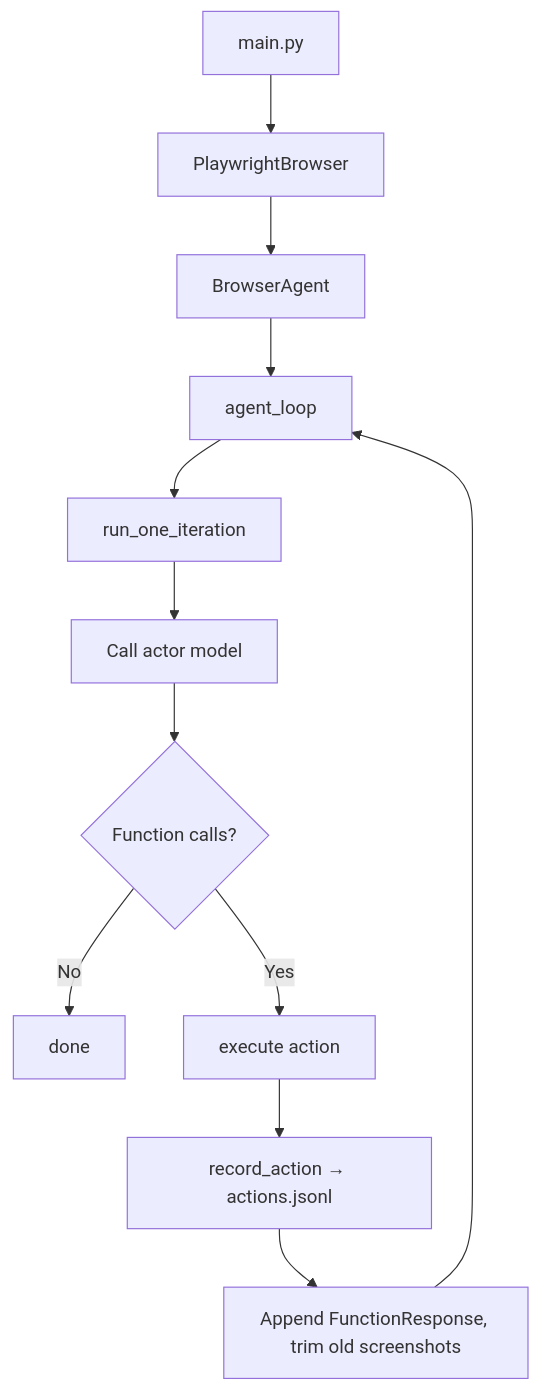
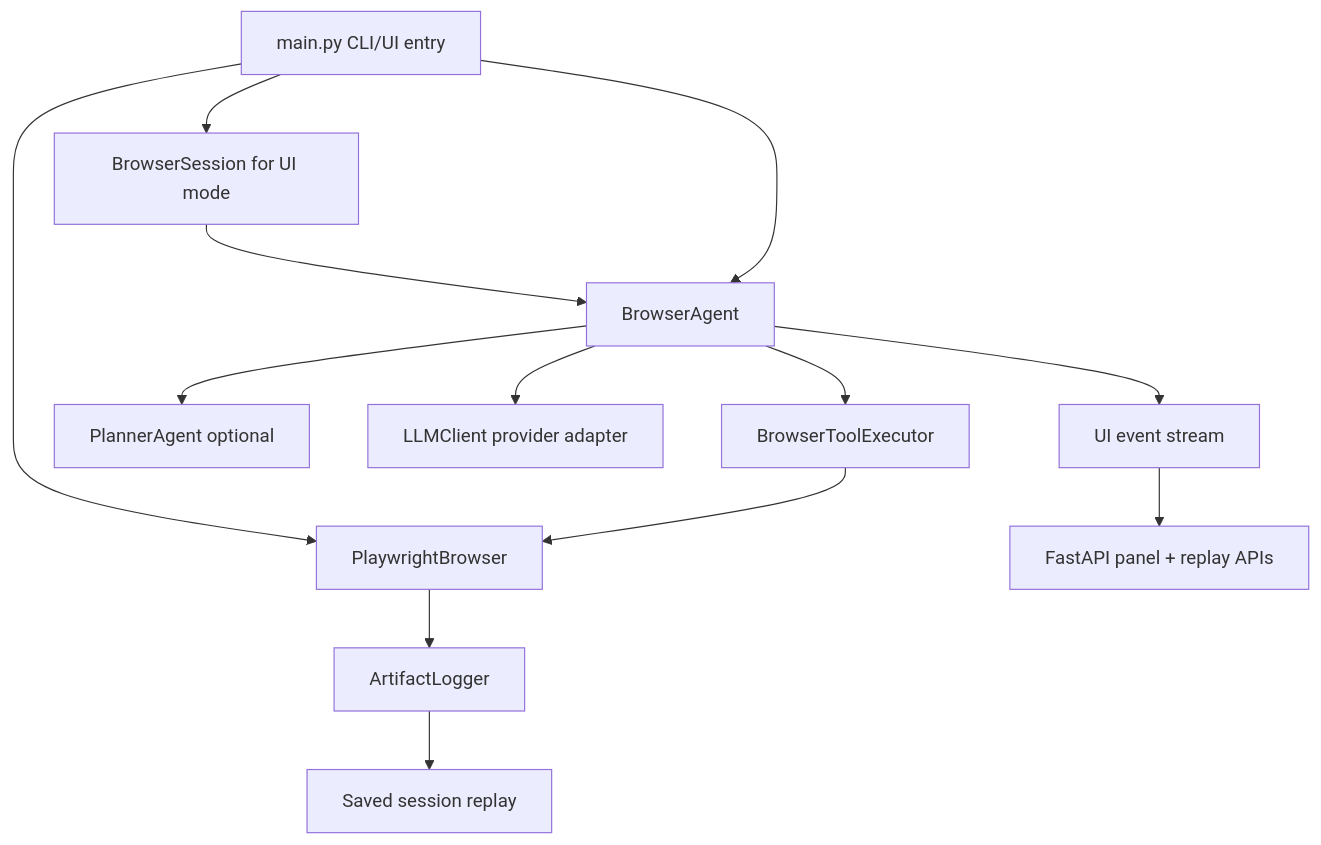
The diagram in README.md (junyeong-nero/tiny-browser-agent), drawn with Mermaid before and after one commit. The commit also changed other lines of this file, not shown here.

````diff
--- a/README.md
+++ b/README.md
@@ -143,14 +231,15 @@
 ```mermaid
 flowchart TD
-    A[main.py] --> D[PlaywrightBrowser]
-    D --> F[BrowserAgent]
-    F --> G[agent_loop]
-    G --> H[run_one_iteration]
-    H --> I[Call actor model]
-    I --> J{Function calls?}
-    J -->|No| K[done]
-    J -->|Yes| L[execute action]
-    L --> M[record_action → actions.jsonl]
-    M --> N[Append FunctionResponse, trim old screenshots]
-    N --> G
+    CLI[main.py CLI/UI entry] --> Browser[PlaywrightBrowser]
+    CLI --> Session[BrowserSession for UI mode]
+    Session --> Agent[BrowserAgent]
+    CLI --> Agent
+    Agent --> Planner[PlannerAgent optional]
+    Agent --> LLM[LLMClient provider adapter]
+    Agent --> Tools[BrowserToolExecutor]
+    Tools --> Browser
+    Browser --> Artifacts[ArtifactLogger]
+    Agent --> Events[UI event stream]
+    Events --> Panel[FastAPI panel + replay APIs]
+    Artifacts --> Replay[Saved session replay]
 ```
````
